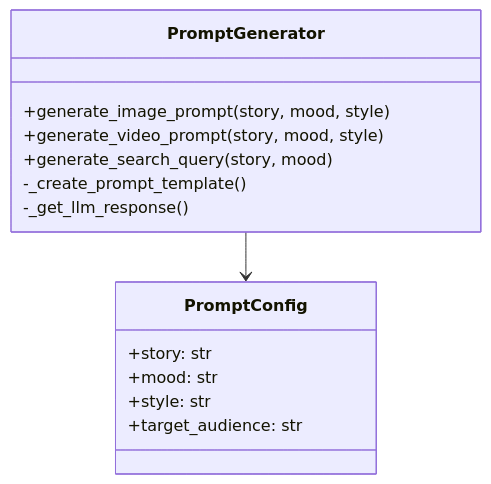
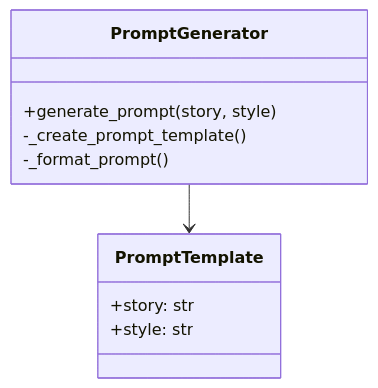
Before and after one commit to taigi0315/ShortFactory: the fourth of 10 diagrams in docs/ARCHITECTURE.md, drawn with Mermaid. The commit also changed other lines of this file and 12 other files, not shown here.

````diff
--- a/docs/ARCHITECTURE.md
+++ b/docs/ARCHITECTURE.md
@@ -87,19 +86,15 @@
 ```mermaid
 classDiagram
     class PromptGenerator {
-        +generate_image_prompt(story, mood, style)
-        +generate_video_prompt(story, mood, style)
-        +generate_search_query(story, mood)
+        +generate_prompt(story, style)
         -_create_prompt_template()
-        -_get_llm_response()
+        -_format_prompt()
     }
     
-    class PromptConfig {
+    class PromptTemplate {
         +story: str
-        +mood: str
         +style: str
-        +target_audience: str
     }
     
-    PromptGenerator --> PromptConfig
+    PromptGenerator --> PromptTemplate
 ```
````
